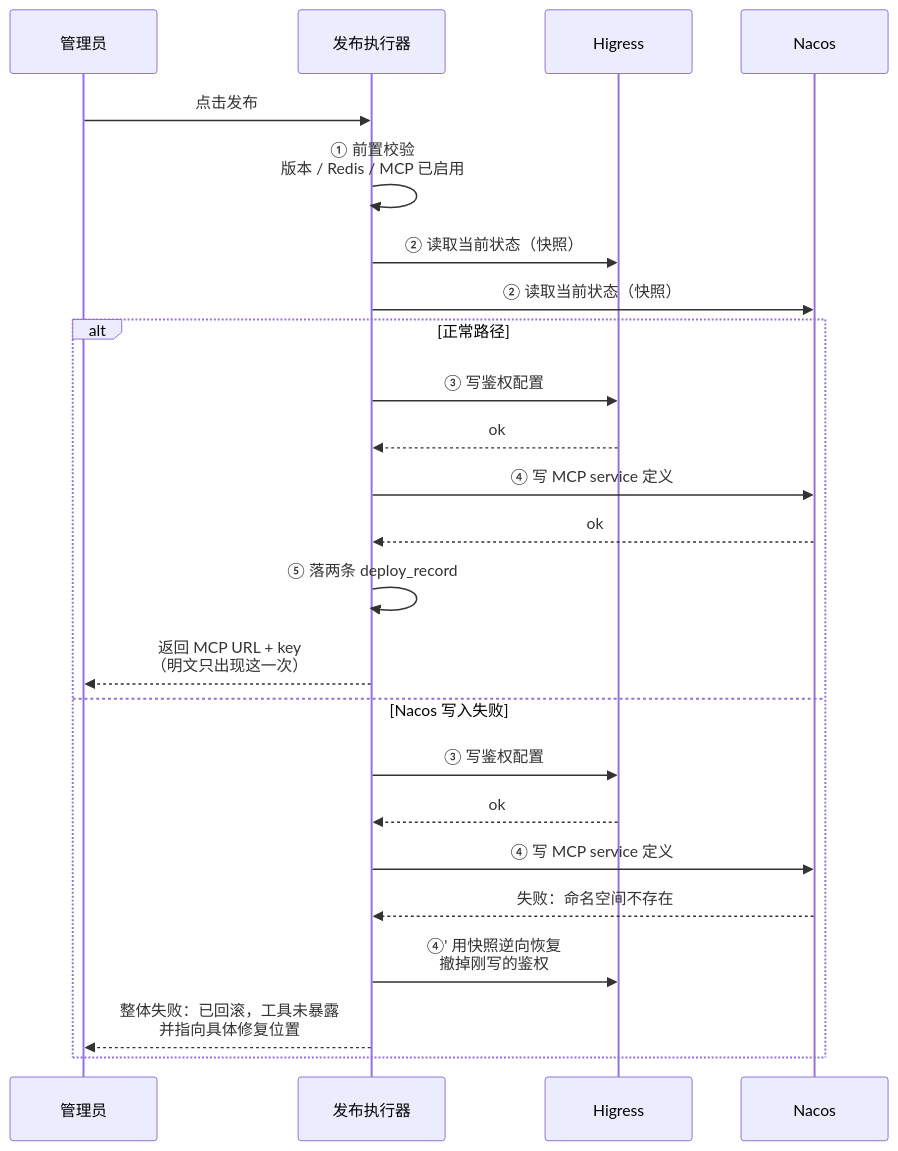
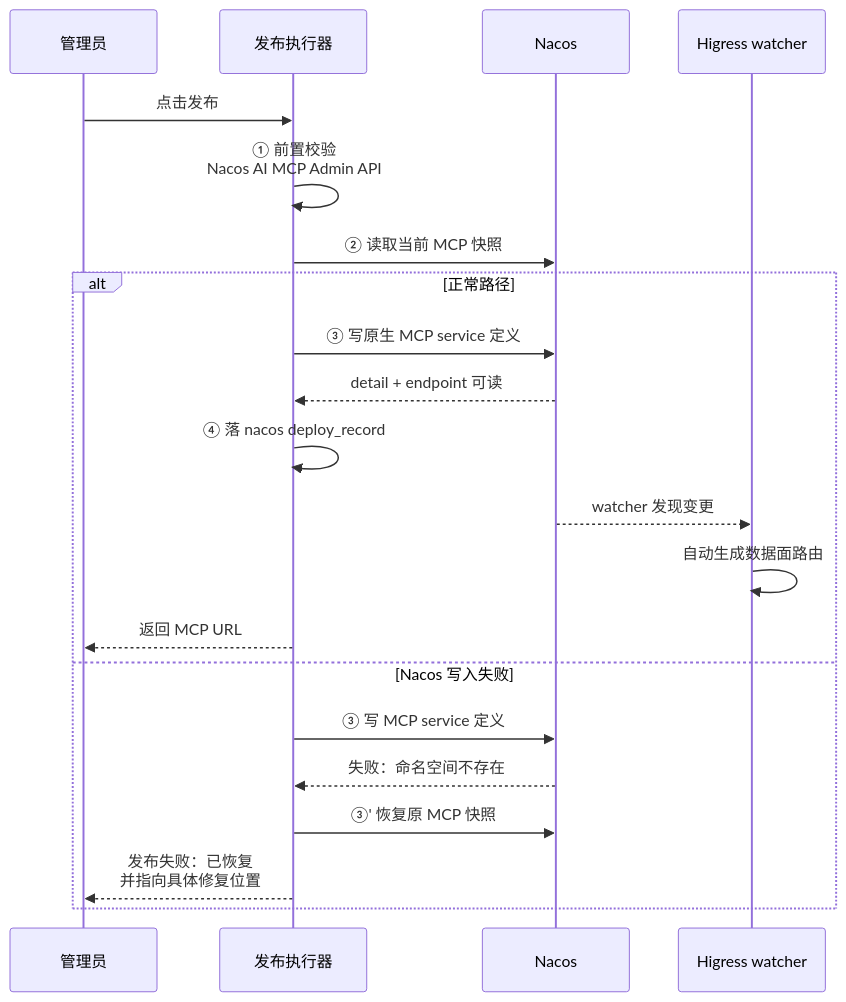
One commit to liuhuo996-del/zhuque changed the fourth of 4 diagrams in 朱雀-项目介绍.md. Above: the diagram before and after it, drawn with Mermaid. The commit also changed other lines of this file and 58 other files, not shown here.

````diff
--- a/朱雀-项目介绍.md
+++ b/朱雀-项目介绍.md
@@ -182,28 +183,25 @@
 ```mermaid
 sequenceDiagram
     participant U as 管理员
     participant P as 发布执行器
-    participant H as Higress
     participant N as Nacos
+    participant H as Higress watcher
 
     U->>P: 点击发布
-    P->>P: ① 前置校验<br/>版本 / Redis / MCP 已启用
-    P->>H: ② 读取当前状态（快照）
-    P->>N: ② 读取当前状态（快照）
+    P->>P: ① 前置校验<br/>Nacos AI MCP Admin API
+    P->>N: ② 读取当前 MCP 快照
 
     alt 正常路径
-        P->>H: ③ 写鉴权配置
-        H-->>P: ok
-        P->>N: ④ 写 MCP service 定义
-        N-->>P: ok
-        P->>P: ⑤ 落两条 deploy_record
-        P-->>U: 返回 MCP URL + key<br/>（明文只出现这一次）
+        P->>N: ③ 写原生 MCP service 定义
+        N-->>P: detail + endpoint 可读
+        P->>P: ④ 落 nacos deploy_record
+        N-->>H: watcher 发现变更
+        H->>H: 自动生成数据面路由
+        P-->>U: 返回 MCP URL
     else Nacos 写入失败
-        P->>H: ③ 写鉴权配置
-        H-->>P: ok
-        P->>N: ④ 写 MCP service 定义
+        P->>N: ③ 写 MCP service 定义
         N-->>P: 失败：命名空间不存在
-        P->>H: ④' 用快照逆向恢复<br/>撤掉刚写的鉴权
-        P-->>U: 整体失败：已回滚，工具未暴露<br/>并指向具体修复位置
+        P->>N: ③' 恢复原 MCP 快照
+        P-->>U: 发布失败：已恢复<br/>并指向具体修复位置
     end
 ```
````
